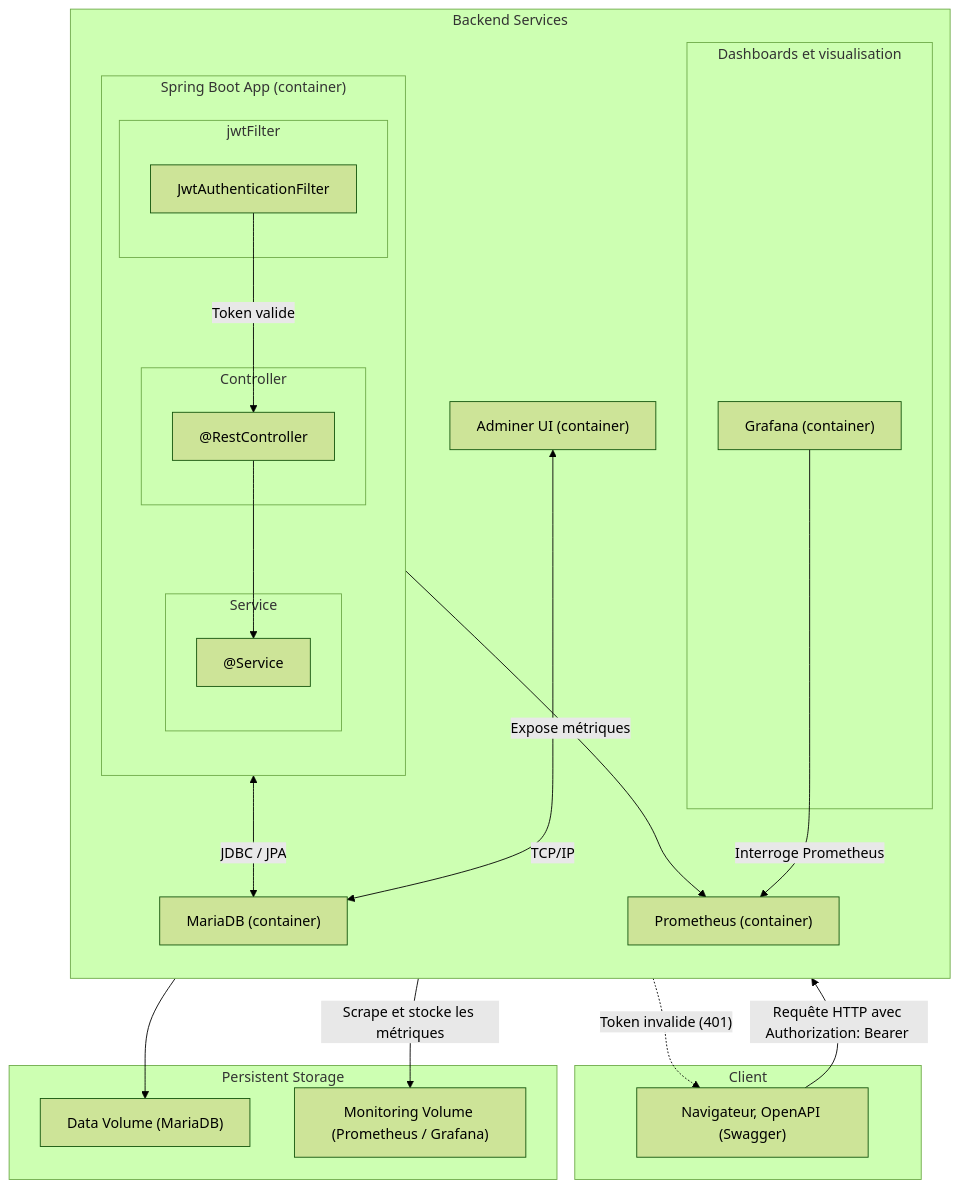
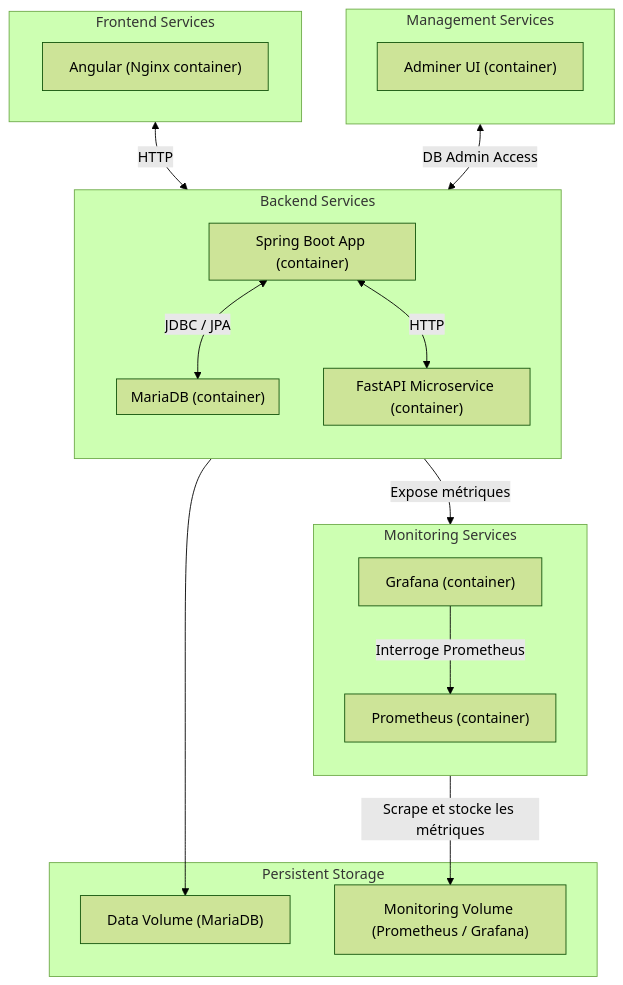
One commit to messaoudRm/movieapp changed the diagram in README.md. Above: the diagram before and after it, drawn with Mermaid (forest theme). The commit also changed other lines of this file and 1 other file, not shown here.

Commit message:
add sentiment analysis microservice

````diff
--- a/README.md
+++ b/README.md
@@ -15,62 +15,69 @@
 ```mermaid
 flowchart TB
-%% ==== SECTION CLIENT ====
-    subgraph Client["Client"]
-        client["Navigateur, OpenAPI (Swagger)"]
+
+%% ==== SECTION FRONTEND ====
+  subgraph Nginx["Frontend Services"]
+    client["Angular (Nginx container)"]
+  end
+
+%% ==== SECTION BACKEND ====
+  subgraph Backend["Backend Services"]
+    direction TB
+
+  %% --- Application principale ---
+    subgraph SpringBootApp["Spring Boot App (container)"]
+      direction TB
     end
 
-%% ==== SECTION BACKEND ====
-    subgraph Backend["Backend Services"]
-        direction TB
-
-    %% --- Application principale ---
-        subgraph SpringBootApp["Spring Boot App (container)"]
-            direction TB
-
-            subgraph SecurityFilter["jwtFilter"]
-                jwtFilter["JwtAuthenticationFilter"]
-            end
-
-            subgraph ControllerLayer["Controller"]
-                controller["@RestController"]
-            end
-
-            subgraph ServiceLayer["Service"]
-                service["@Service"]
-            end
-        end
-
-    %% --- Base de données et outils ---
-        db["MariaDB (container)"]
-        adminer["Adminer UI (container)"]
-
-    %% --- Monitoring ---
-        prometheus["Prometheus (container)"]
-
-        subgraph Dashboard["Dashboards et visualisation"]
-            grafana["Grafana (container)"]
-        end
+  %% --- Microservice FastAPI ---
+    subgraph FastAPI["FastAPI Microservice (container)"]
+      direction TB
     end
 
-%% ==== SECTION STORAGE ====
-    subgraph Storage["Persistent Storage"]
-        vol1["Data Volume (MariaDB)"]
-        vol2["Monitoring Volume (Prometheus / Grafana)"]
+  %% --- Container BD ---
+    subgraph Database["MariaDB (container)"]
+      direction TB
     end
 
+  end
+
+
+%% ==== SECTION MANAGMENT ====
+  subgraph Adminer["Management Services"]
+    direction TB
+    adminer["Adminer UI (container)"]
+  end
+
+
+%% ==== SECTION MONITORING ====
+  subgraph Monitoring["Monitoring Services"]
+    direction TB
+    prometheus["Prometheus (container)"]
+    grafana["Grafana (container)"]
+  end
+
+
+%% ==== SECTION STORAGE ====
+  subgraph Storage["Persistent Storage"]
+    vol1["Data Volume (MariaDB)"]
+    vol2["Monitoring Volume (Prometheus / Grafana)"]
+  end
+
+
 %% ==== FLUX PRINCIPAL ====
-    client -->|"Requête HTTP avec Authorization: Bearer <token_jwt>"| jwtFilter
-    jwtFilter -->|"Token valide"| controller
-    jwtFilter -.->|"Token invalide (401)"| client
+  Nginx <-->|"HTTP"| SpringBootApp
+  SpringBootApp <-->|"JDBC / JPA"| Database
+  adminer <-->|"DB Admin Access"| Database
+  Database --> vol1
 
-    controller --> service
-    service <-->|"JDBC / JPA"| db
-    adminer <-->|"TCP/IP"| db
-    db --> vol1
+
+%% ==== INTÉGRATION FASTAPI ====
+  SpringBootApp <-->|"HTTP"| FastAPI
+
 
 %% ==== FLUX MONITORING ====
-    SpringBootApp -->|"Expose métriques"| prometheus
-    prometheus -->|"Scrape et stocke les métriques"| vol2
-    grafana -->|"Interroge Prometheus"| prometheus
+  SpringBootApp -->|"Expose métriques"| prometheus
+  prometheus -->|"Scrape et stocke les métriques"| vol2
+  grafana -->|"Interroge Prometheus"| prometheus
 
 ```
````
